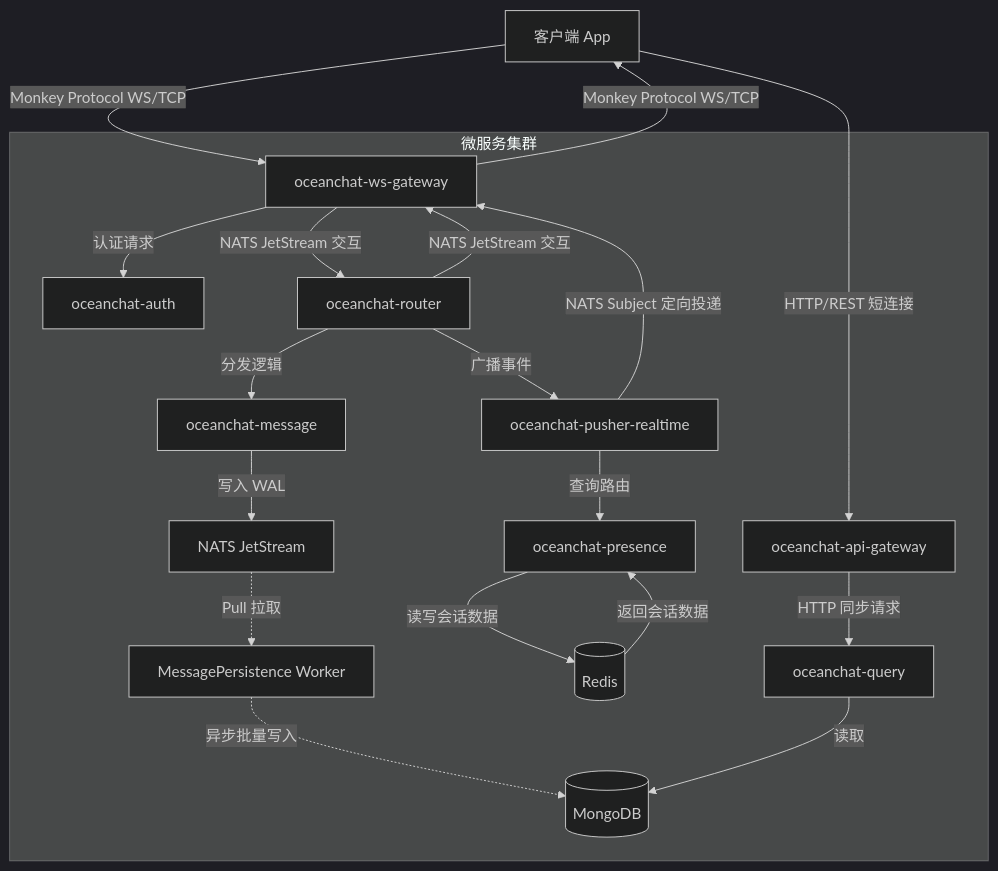
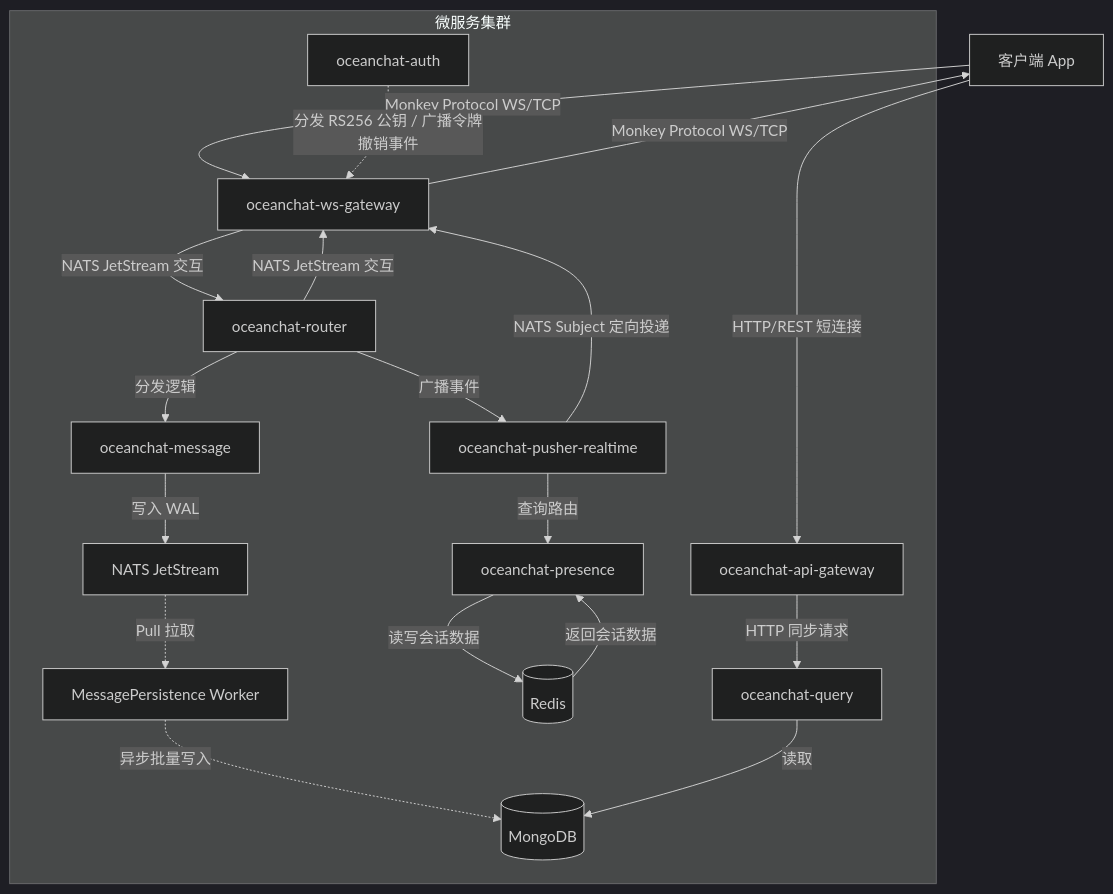
One commit to JamesWilson19970101/ocean.chat.docs changed the first of 5 diagrams in i18n/zh-CN/docusaurus-plugin-content-docs/current/devdocs/Monkey Protocol/monkey-protocol-spec.md. Above: the diagram before and after it, drawn with Mermaid (dark theme). The commit also changed other lines of this file and 11 other files, not shown here.

````diff
--- a/i18n/zh-CN/docusaurus-plugin-content-docs/current/devdocs/Monkey Protocol/monkey-protocol-spec.md
+++ b/i18n/zh-CN/docusaurus-plugin-content-docs/current/devdocs/Monkey Protocol/monkey-protocol-spec.md
@@ -55,27 +55,27 @@
 ```mermaid
 graph TD
     Client[客户端 App] -->|Monkey Protocol WS/TCP| Gateway[oceanchat-ws-gateway]
     Client -->|HTTP/REST 短连接| APIGateway[oceanchat-api-gateway]
     Gateway -->|Monkey Protocol WS/TCP| Client
 
     subgraph 微服务集群
-        Gateway -->|认证请求| Auth[oceanchat-auth]
+        Auth[oceanchat-auth] -.->|分发 RS256 公钥 / 广播令牌撤销事件| Gateway
         Gateway -->|NATS JetStream 交互| Router[oceanchat-router]
         Router -->|NATS JetStream 交互| Gateway
 
         Router -->|分发逻辑| Message[oceanchat-message]
         Message -->|写入 WAL| NATS[NATS JetStream]
         NATS -.->|Pull 拉取| Worker[MessagePersistence Worker]
         Worker -.->|异步批量写入| MongoDB[(MongoDB)]
 
         Router -->|广播事件| Pusher[oceanchat-pusher-realtime]
         Pusher -->|查询路由| Presence[oceanchat-presence]
         Presence -->|读写会话数据| Redis[(Redis)]
         Redis -->|返回会话数据| Presence
 
         APIGateway -->|HTTP 同步请求| Query[oceanchat-query]
         Query -->|读取| MongoDB
     end
 
     Pusher -->|NATS Subject 定向投递| Gateway
 ```
````
